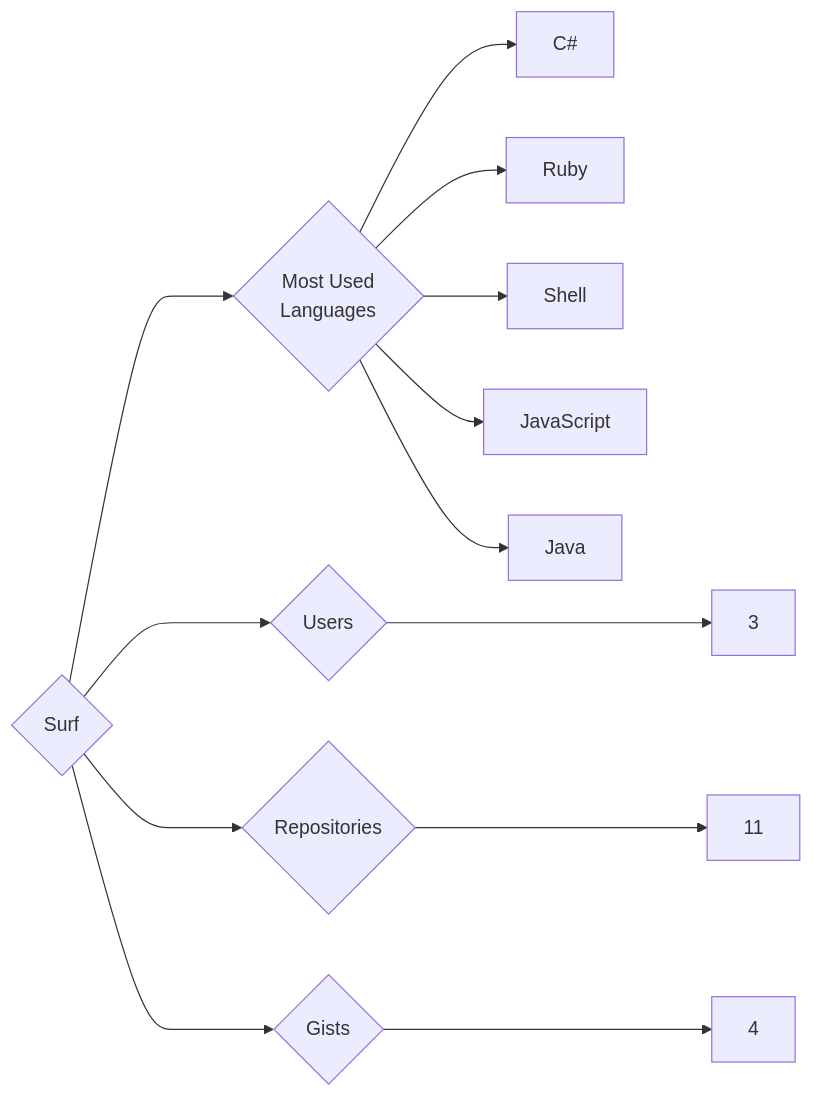
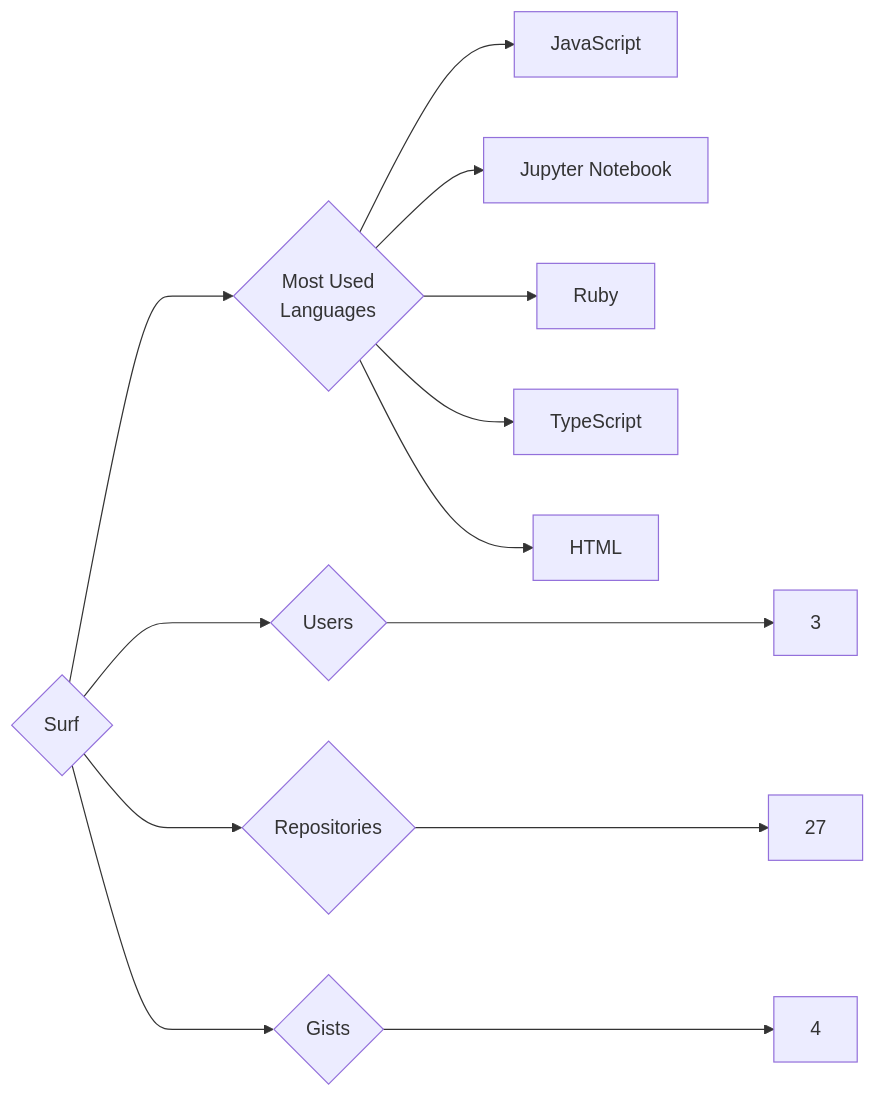
The diagram in targets/Surf/README.md (trickest/insiders), drawn with Mermaid before and after one commit. The commit also changed 833 other files, not shown here.

````diff
--- a/targets/Surf/README.md
+++ b/targets/Surf/README.md
@@ -3,13 +3,13 @@
 ```mermaid
 graph LR
 COMPANY_NAME{Surf}
 COMPANY_NAME ---> U{Users} ---> UN[3]
-COMPANY_NAME ---> R{Repositories} ---> RN[11]
+COMPANY_NAME ---> R{Repositories} ---> RN[27]
 COMPANY_NAME ---> G{Gists} ---> GN[4]
 COMPANY_NAME ---> ML{Most Used<br>Languages}
-ML --> C#[C#]
+ML --> JavaScript[JavaScript]
+ML --> Jupyter_Notebook[Jupyter Notebook]
 ML --> Ruby[Ruby]
-ML --> Shell[Shell]
-ML --> JavaScript[JavaScript]
-ML --> Java[Java]
+ML --> TypeScript[TypeScript]
+ML --> HTML[HTML]
 ```
````
